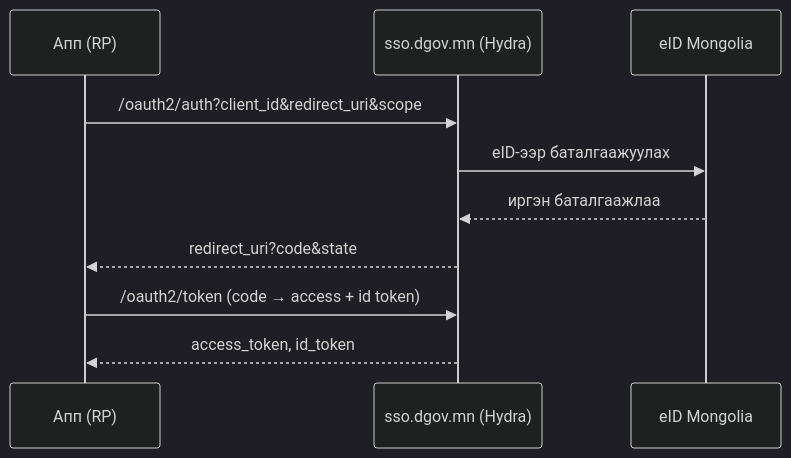
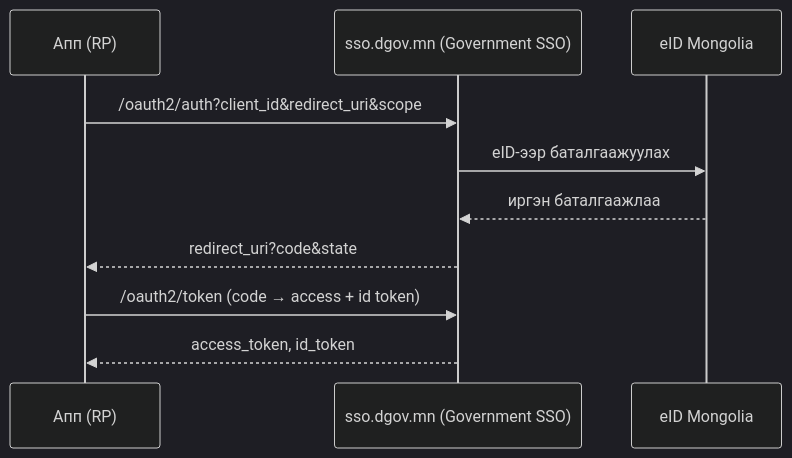
Before and after one commit to gerege-systems/template-dgov-mn: the diagram in docs-site/docs/authentication.md, drawn with Mermaid (dark theme). The commit also changed other lines of this file and 11 other files, not shown here.

````diff
--- a/docs-site/docs/authentication.md
+++ b/docs-site/docs/authentication.md
@@ -25,12 +25,12 @@
 ```mermaid
 sequenceDiagram
   participant App as Апп (RP)
-  participant SSO as sso.dgov.mn (Hydra)
+  participant SSO as sso.dgov.mn (Government SSO)
   participant eID as eID Mongolia
   App->>SSO: /oauth2/auth?client_id&redirect_uri&scope
   SSO->>eID: eID-ээр баталгаажуулах
   eID-->>SSO: иргэн баталгаажлаа
   SSO-->>App: redirect_uri?code&state
   App->>SSO: /oauth2/token (code → access + id token)
   SSO-->>App: access_token, id_token
 ```
````
